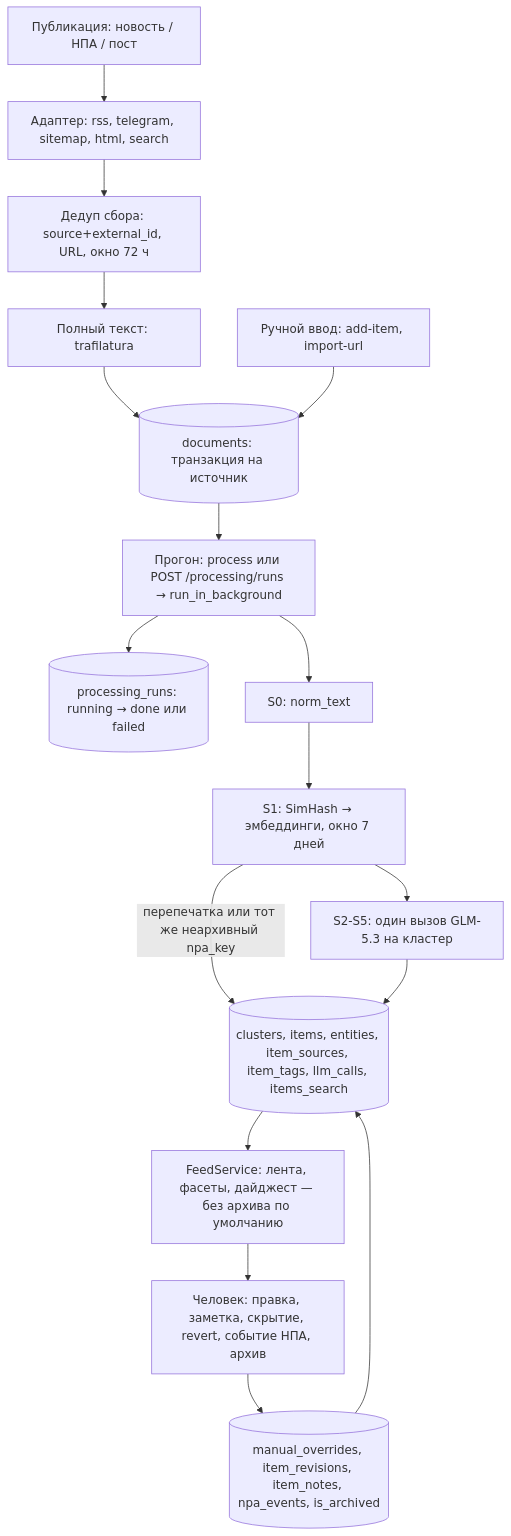
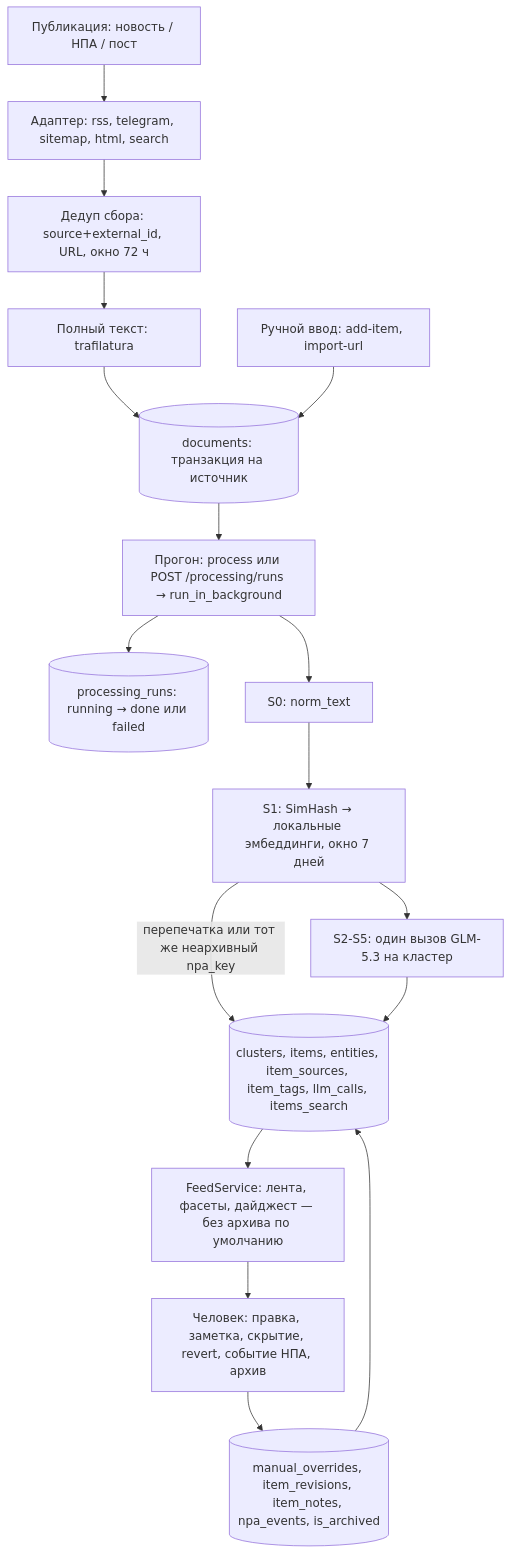
The third of 4 diagrams in docs/architecture.md (youngwow/ai-analytics-hub), drawn with Mermaid before and after one commit. The commit also changed other lines of this file and 44 other files, not shown here.

````diff
--- a/docs/architecture.md
+++ b/docs/architecture.md
@@ -131,19 +133,19 @@
 ```mermaid
 flowchart TD
     S[Публикация: новость / НПА / пост] --> AD[Адаптер: rss, telegram, sitemap, html, search]
     AD --> DD1[Дедуп сбора: source+external_id, URL, окно 72 ч]
     DD1 --> FT[Полный текст: trafilatura]
     FT --> ST[(documents: транзакция на источник)]
     M[Ручной ввод: add-item, import-url] --> ST
     ST --> PRUN[Прогон: process или POST /processing/runs → run_in_background]
     PRUN --> PRT[(processing_runs: running → done или failed)]
     PRUN --> N[S0: norm_text]
-    N --> DD2[S1: SimHash → эмбеддинги, окно 7 дней]
+    N --> DD2[S1: SimHash → локальные эмбеддинги, окно 7 дней]
     DD2 -->|перепечатка или тот же неархивный npa_key| IT
     DD2 --> LLM[S2-S5: один вызов GLM-5.3 на кластер]
     LLM --> IT[(clusters, items, entities, item_sources, item_tags, llm_calls, items_search)]
     IT --> FEED[FeedService: лента, фасеты, дайджест — без архива по умолчанию]
     FEED --> EDIT[Человек: правка, заметка, скрытие, revert, событие НПА, архив]
     EDIT --> HIST[(manual_overrides, item_revisions, item_notes, npa_events, is_archived)]
     HIST --> IT
 ```
````
